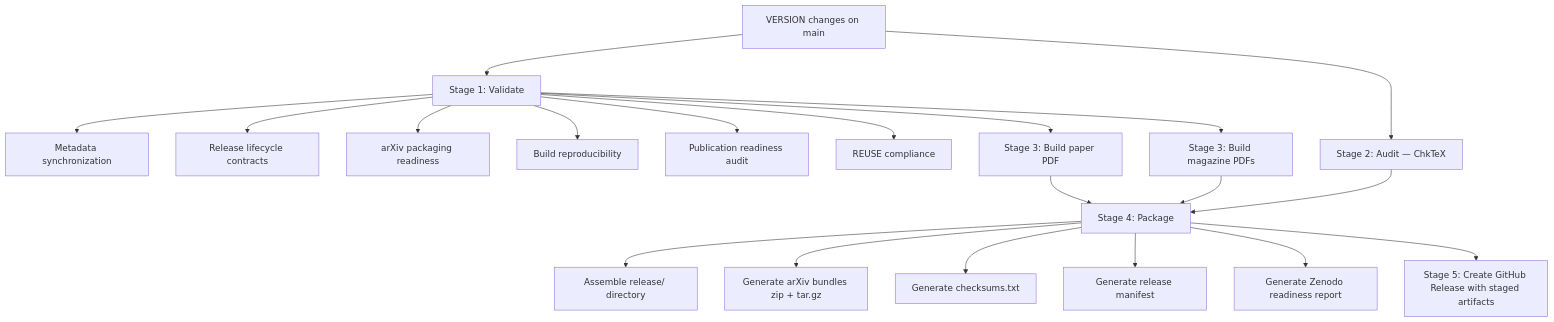
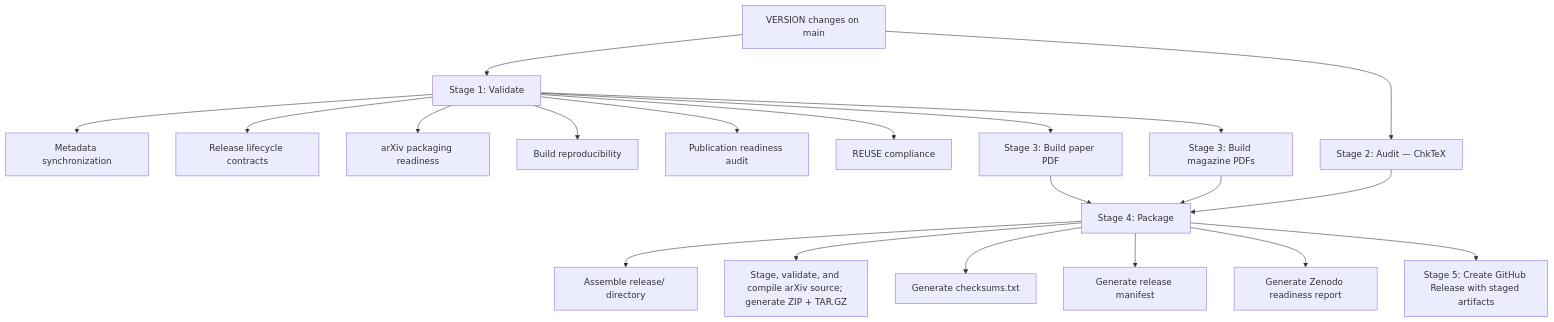
Before and after one commit to egohygiene/reflector: the second of 2 diagrams in docs/workflows.md, drawn with Mermaid. The commit also changed other lines of this file and 18 other files, not shown here.

````diff
--- a/docs/workflows.md
+++ b/docs/workflows.md
@@ -104,26 +104,26 @@
 ```mermaid
 flowchart TD
   A[VERSION changes on main] --> B[Stage 1: Validate]
   B --> B1[Metadata synchronization]
   B --> B2[Release lifecycle contracts]
   B --> B3[arXiv packaging readiness]
   B --> B4[Build reproducibility]
   B --> B5[Publication readiness audit]
   B --> B6[REUSE compliance]
 
   A --> C[Stage 2: Audit — ChkTeX]
 
   B --> D[Stage 3: Build paper PDF]
   B --> E[Stage 3: Build magazine PDFs]
 
   D --> F[Stage 4: Package]
   E --> F
   C --> F
   F --> F1[Assemble release/ directory]
-  F --> F2[Generate arXiv bundles zip + tar.gz]
+  F --> F2[Stage, validate, and compile arXiv source; generate ZIP + TAR.GZ]
   F --> F3[Generate checksums.txt]
   F --> F4[Generate release manifest]
   F --> F5[Generate Zenodo readiness report]
 
   F --> G[Stage 5: Create GitHub Release with staged artifacts]
 ```
````
